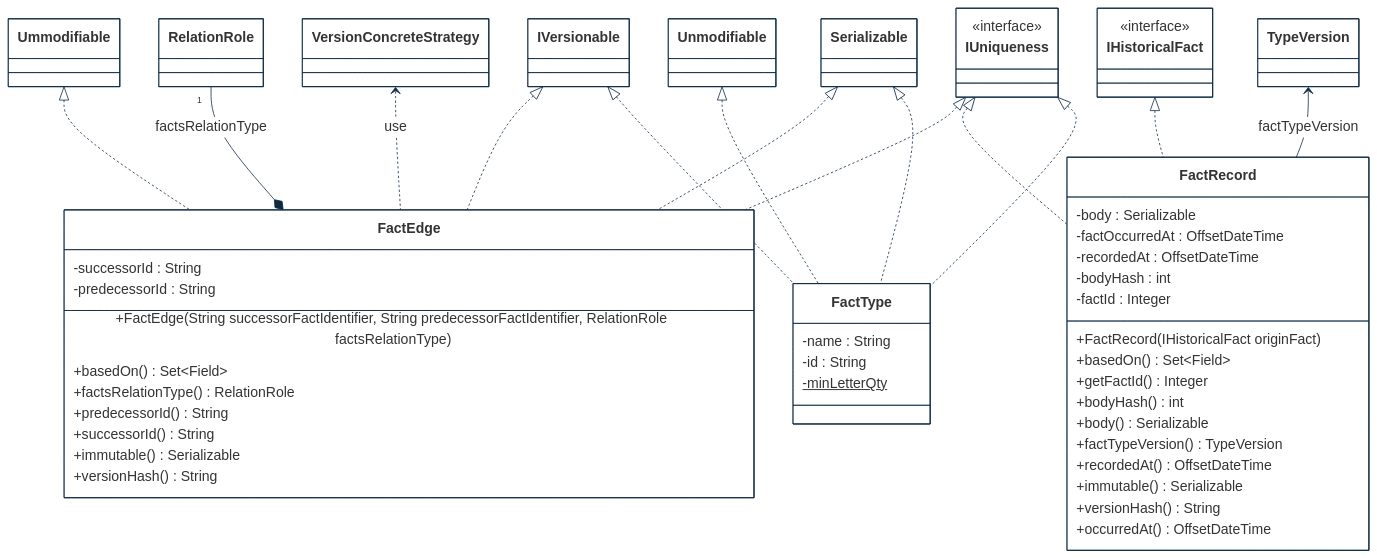
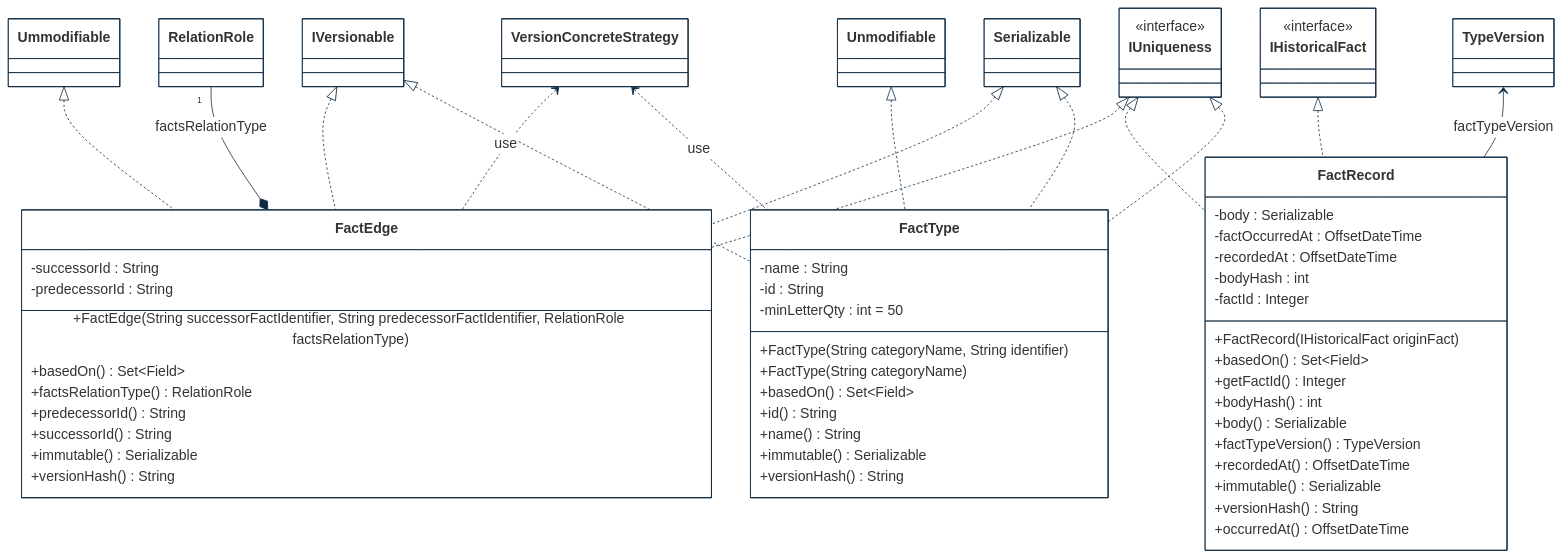
The first of 3 diagrams in implementations-line/framework/immutable/designview-packages.md (cybnity/foundation), drawn with Mermaid before and after one commit.

```diff
--- a/implementations-line/framework/immutable/designview-packages.md
+++ b/implementations-line/framework/immutable/designview-packages.md
@@ -38,6 +38,7 @@
     RelationRole "1" --* FactEdge : factsRelationType
     IHistoricalFact <|.. FactRecord
     VersionConcreteStrategy <.. FactEdge : use
+    VersionConcreteStrategy <.. FactType : use
     IUniqueness <|.. FactEdge
     IUniqueness <|.. FactRecord
     IUniqueness <|.. FactType
@@ -48,7 +49,14 @@
     class FactType {
         -name : String
         -id : String
-        -minLetterQty$
+        -minLetterQty : int = 50
+        +FactType(String categoryName, String identifier)
+        +FactType(String categoryName)
+        +basedOn() Set~Field~
+        +id() String
+        +name() String
+        +immutable() Serializable
+        +versionHash() String
     }
     class IHistoricalFact {
         <<interface>>
```
